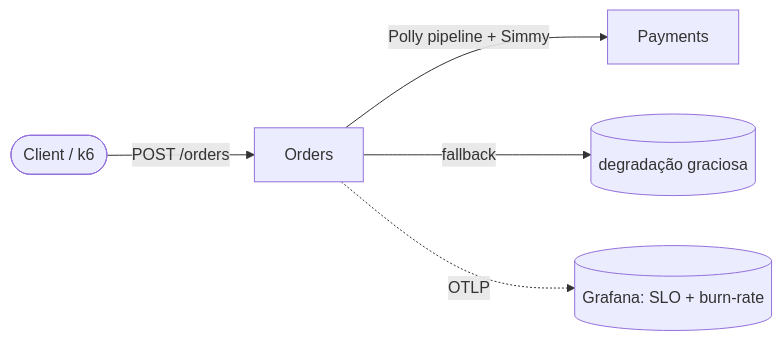
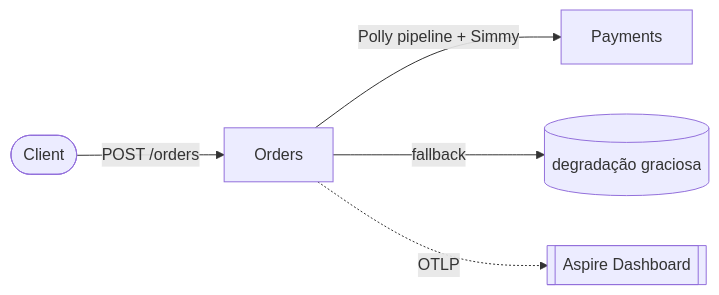
The diagram in README.md (thomasmoreira/resilience-and-chaos), drawn with Mermaid before and after one commit. The commit also changed other lines of this file and 4 other files, not shown here.

````diff
--- a/README.md
+++ b/README.md
@@ -21,7 +20,7 @@
 ```mermaid
 flowchart LR
-  Client([Client / k6]) -->|POST /orders| ORD[Orders]
+  Client([Client]) -->|POST /orders| ORD[Orders]
   ORD -->|Polly pipeline + Simmy| PAY[Payments]
   ORD -->|fallback| FB[(degradação graciosa)]
-  ORD -. OTLP .-> LGTM[(Grafana: SLO + burn-rate)]
+  ORD -. OTLP .-> DASH[[Aspire Dashboard]]
 ```
````
